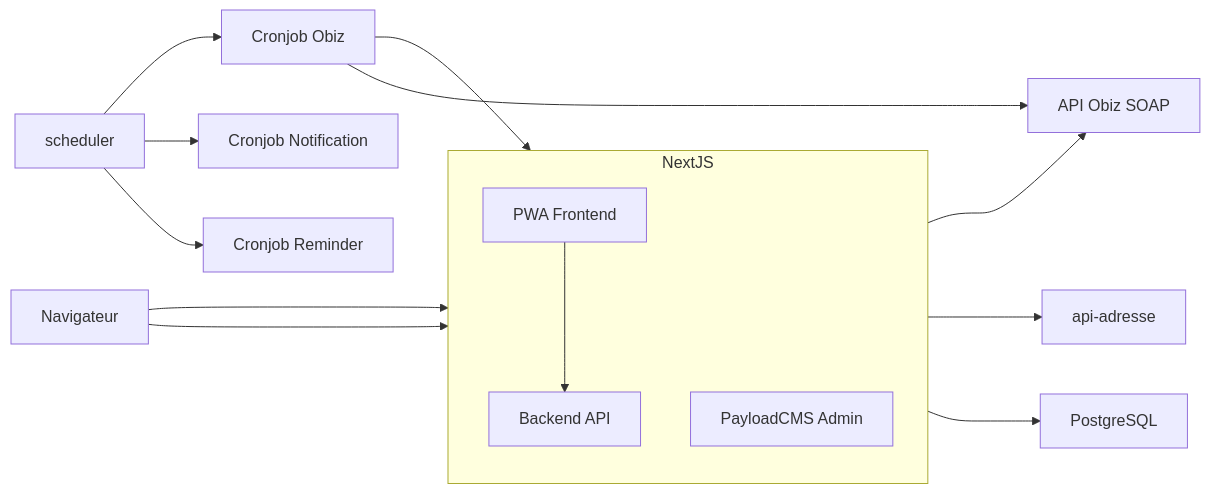
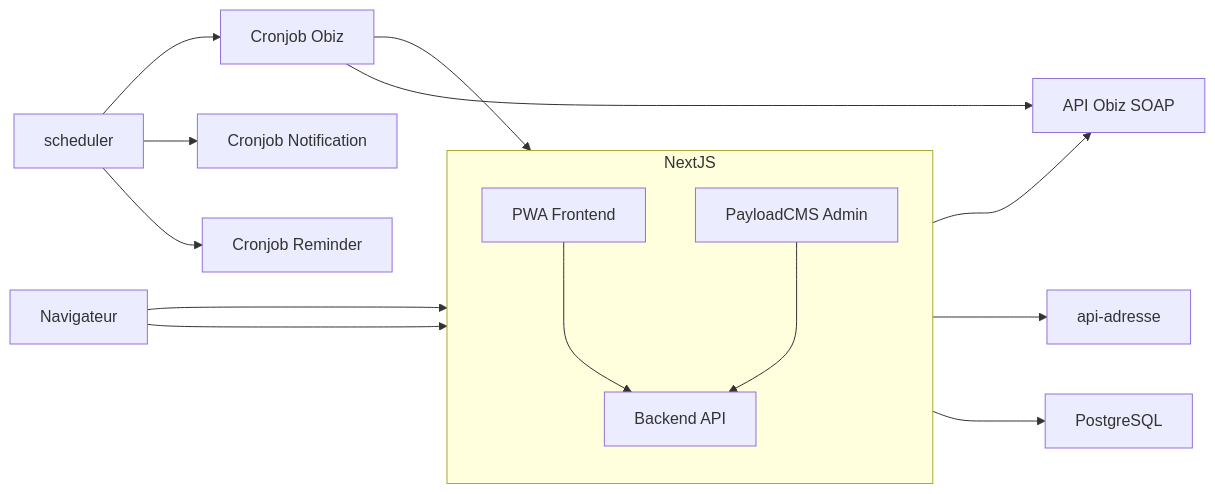
One commit to SocialGouv/carte-jeune-engage changed the diagram in README.md. Above: the diagram before and after it, drawn with Mermaid.

````diff
--- a/README.md
+++ b/README.md
@@ -38,20 +38,21 @@
 ```mermaid
 graph LR
 subgraph NextJS
     direction TB
     frontend-pwa[PWA Frontend]
     backend[Backend API]
     payloadcms[PayloadCMS Admin]
 end
 Browser[Navigateur] ---> frontend-pwa
 Browser ---> payloadcms
 frontend-pwa ---> backend
+payloadcms ---> backend
 backend ---> PostgreSQL
 backend ---> api-adresse
 backend ---> api-obiz[API Obiz SOAP]
 scheduler --> cronjob-reminder[Cronjob Reminder]
 scheduler --> cronjob-notification[Cronjob Notification]
 scheduler --> cronjob-obiz[Cronjob Obiz]
 cronjob-obiz --> backend
 cronjob-obiz --> api-obiz
 ```
````
